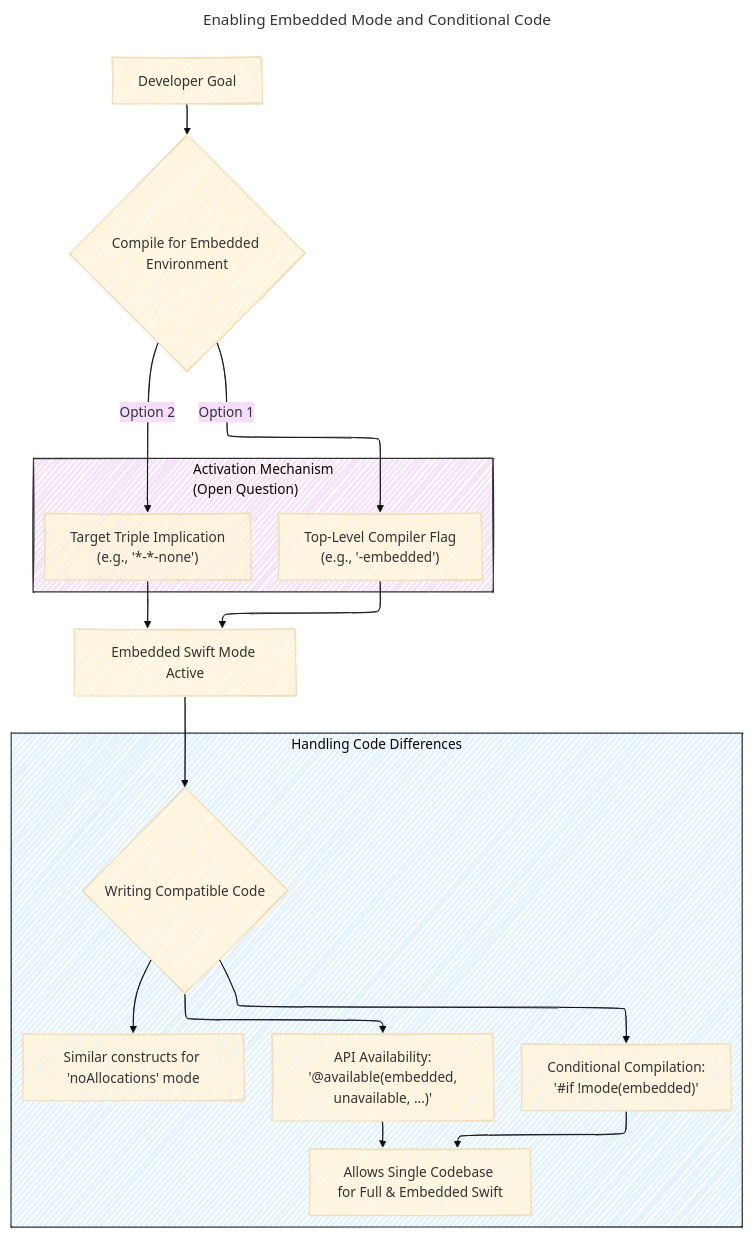
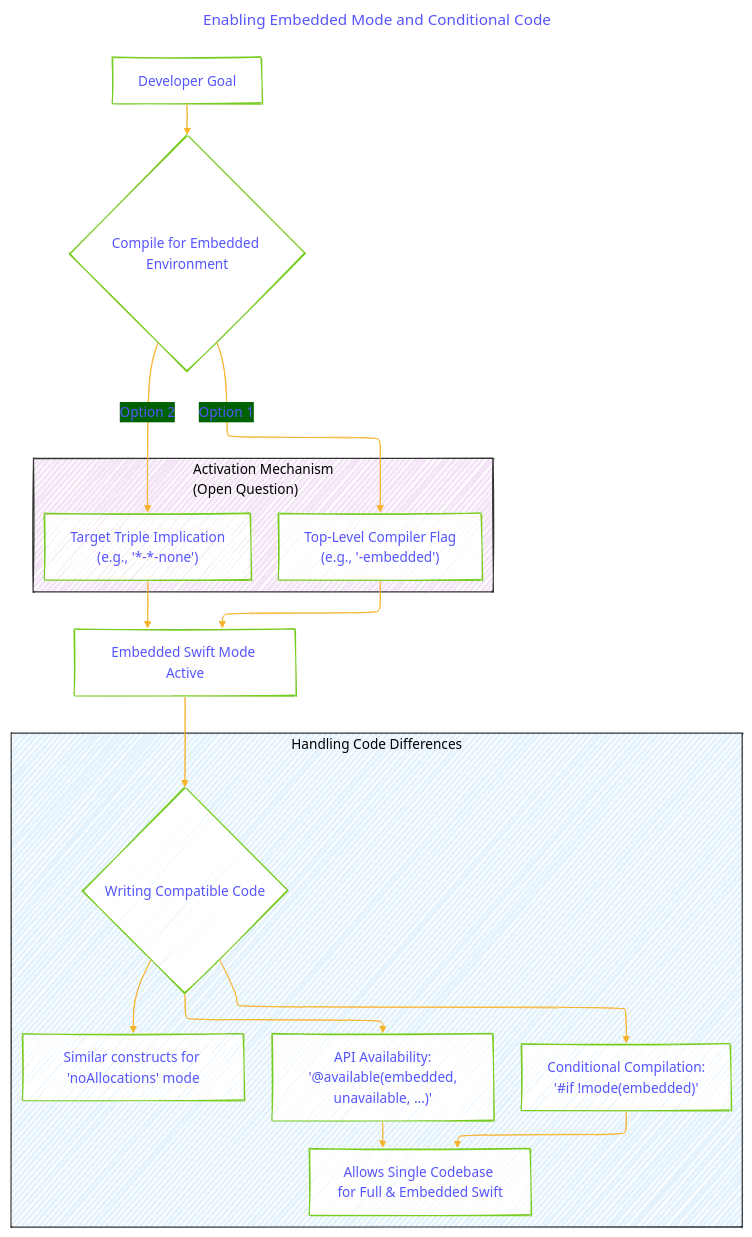
One commit to CongLeSolutionX/iOS-development-vault changed the fifth of 6 diagrams in SWIFT_EVOLUTION/VISIONS/A_Vision_for_Embedded_Swift.md. Above: the diagram before and after it, drawn with Mermaid. The commit also changed other lines of this file, not shown here.

````diff
--- a/SWIFT_EVOLUTION/VISIONS/A_Vision_for_Embedded_Swift.md
+++ b/SWIFT_EVOLUTION/VISIONS/A_Vision_for_Embedded_Swift.md
@@ -312,59 +302,55 @@
 ```mermaid
 ---
 title: "Enabling Embedded Mode and Conditional Code"
 author: "Cong Le"
 version: "1.0"
 license(s): "MIT, CC BY 4.0"
 copyright: "Copyright (c) 2025 Cong Le. All Rights Reserved."
 config:
   layout: elk
   look: handDrawn
   theme: base
 ---
 %%%%%%%% Mermaid version v11.4.1-b.14
 %%%%%%%% Synthwave Night Palette Theme (Dark Mode)
 %%%%%%%% Toggle theme value to default `dark` theme to disable this customized theme.
 %%%%%%%% This theme IS a dark theme by design.
 %%%%%%%% Available curve styles include: basis, bumpX, bumpY, cardinal, catmullRom, linear, monotoneX, monotoneY, natural, step, stepAfter, stepBefore.
 %%{
   init: {
-    'flowchart': { 'htmlLabels': false, 'curve': 'linear' },
-    'fontFamily': 'Monospace, Arial, sans-serif',
+    'graph': { 'htmlLabels': false, 'curve': 'linear' },
+    'fontFamily': 'Fantasy',
     'themeVariables': {
-      'background' : '#1A202C',                    /* SETTING OVERALL BACKGROUND */
-      'primaryColor': '#2D3748',                   /* Dark Slate (Default Node Background) */
-      'primaryTextColor': '#E2E8F0',               /* Light Gray/Off-White (Text Color) */
-      'primaryBorderColor': '#EC4899',             /* Primary Neon Pink (Border Color) */
-      'lineColor': '#F8B229',                      
-      'secondaryColor': '#22D3EE',                 /* Secondary Neon Cyan (Alt Node Background) */
-      'tertiaryColor': '#A78BFA'                   /* Accent Neon Purple (Special Node Background) */
-      /* Other Palette Colors (Use with 'style'):
-         Accent Neon Yellow: #FACC15 (Needs dark border/text if fill)
-         Secondary Text: #A0AEC0 */
+      'primaryColor': '#ffff',
+      'primaryTextColor': '#55ff',
+      'primaryBorderColor': '#7c2',
+      'lineColor': '#F8B229',
+      'secondaryColor': '#006100',
+      'tertiaryColor': '#fff'
     }
   }
 }%%
 graph TD
     A["Developer Goal"] --> B{"Compile for Embedded Environment"}
     B -- Option 1 --> C1["Top-Level Compiler Flag<br>(e.g., '-embedded')"]
     B -- Option 2 --> C2["Target Triple Implication<br>(e.g., '*-*-none')"]
 
     subgraph Activation ["Activation Mechanism<br>(Open Question)"]
         C1 & C2
     end
 
     C1 & C2 --> D["Embedded Swift Mode Active"]
 
     D --> E{Writing Compatible Code}
     subgraph Compatibility ["Handling Code Differences"]
         direction LR
         E --> E1["Conditional Compilation:<br> '#if !mode(embedded)'"]
         E --> E2["API Availability:<br> '@available(embedded, unavailable, ...)'"]
         E1 & E2 --> F["Allows Single Codebase for Full & Embedded Swift"]
         E --> E3["Similar constructs for 'noAllocations' mode"]
     end
 
     style Activation fill:#f3e5f5, stroke:#333
     style Compatibility fill:#e3f2fd, stroke:#333
     
 ```
````
